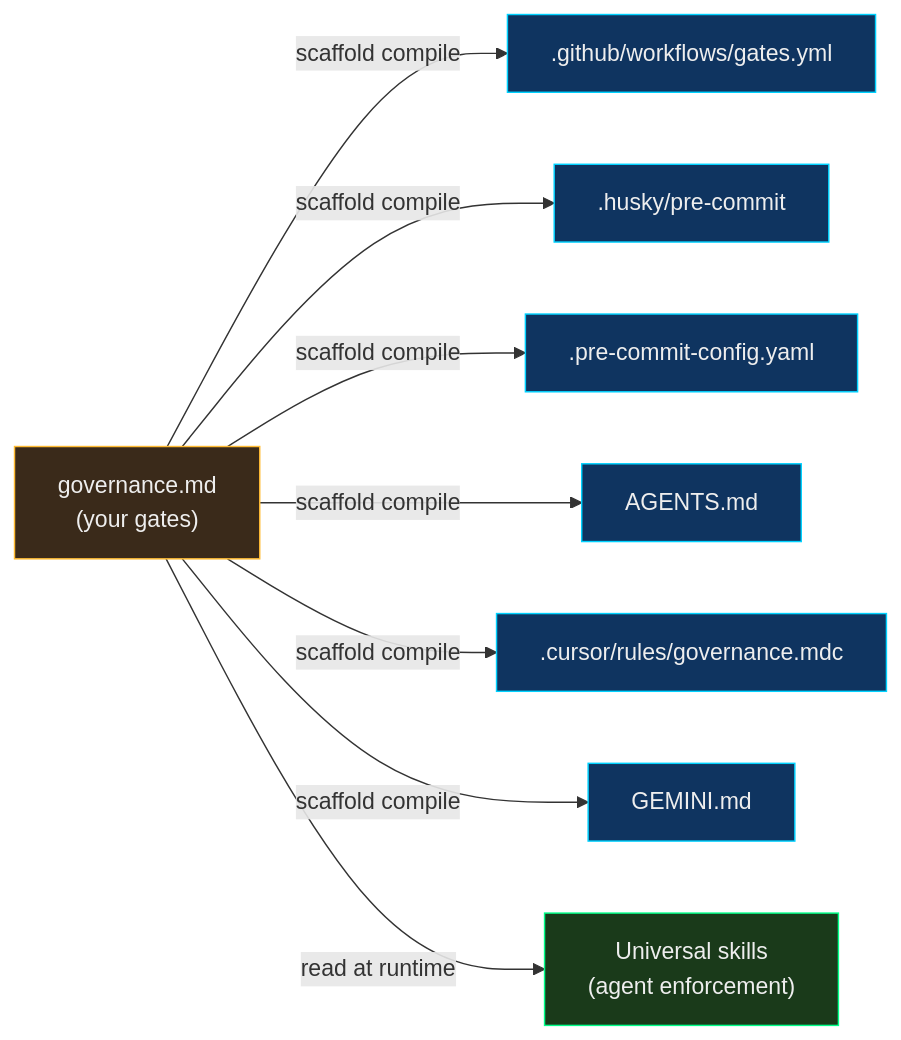
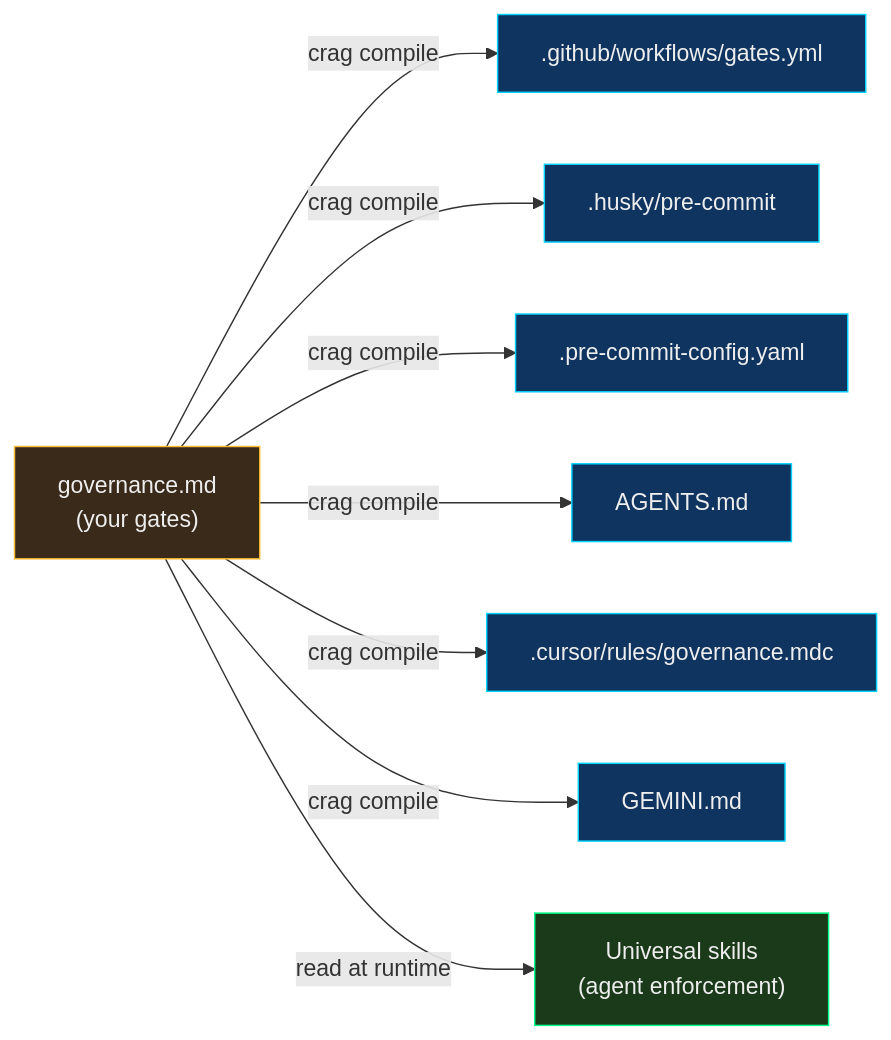
Before and after one commit to WhitehatD/crag: the second of 4 diagrams in README.md, drawn with Mermaid. The commit also changed other lines of this file and 41 other files, not shown here.

````diff
--- a/README.md
+++ b/README.md
@@ -508,20 +497,20 @@
 ```mermaid
 flowchart LR
     GOV["governance.md\n(your gates)"]
-    GOV -->|"scaffold compile"| GH[".github/workflows/gates.yml"]
-    GOV -->|"scaffold compile"| HK[".husky/pre-commit"]
-    GOV -->|"scaffold compile"| PC[".pre-commit-config.yaml"]
-    GOV -->|"scaffold compile"| AM["AGENTS.md"]
-    GOV -->|"scaffold compile"| CR[".cursor/rules/governance.mdc"]
-    GOV -->|"scaffold compile"| GM["GEMINI.md"]
+    GOV -->|"crag compile"| GH[".github/workflows/gates.yml"]
+    GOV -->|"crag compile"| HK[".husky/pre-commit"]
+    GOV -->|"crag compile"| PC[".pre-commit-config.yaml"]
+    GOV -->|"crag compile"| AM["AGENTS.md"]
+    GOV -->|"crag compile"| CR[".cursor/rules/governance.mdc"]
+    GOV -->|"crag compile"| GM["GEMINI.md"]
     GOV -->|"read at runtime"| SKILL["Universal skills\n(agent enforcement)"]
 
     style GOV fill:#3a2a1a,stroke:#ffbb33,color:#eee
     style GH fill:#0f3460,stroke:#00d2ff,color:#eee
     style HK fill:#0f3460,stroke:#00d2ff,color:#eee
     style PC fill:#0f3460,stroke:#00d2ff,color:#eee
     style AM fill:#0f3460,stroke:#00d2ff,color:#eee
     style CR fill:#0f3460,stroke:#00d2ff,color:#eee
     style GM fill:#0f3460,stroke:#00d2ff,color:#eee
     style SKILL fill:#1a3a1a,stroke:#00ff88,color:#eee
 ```
````
